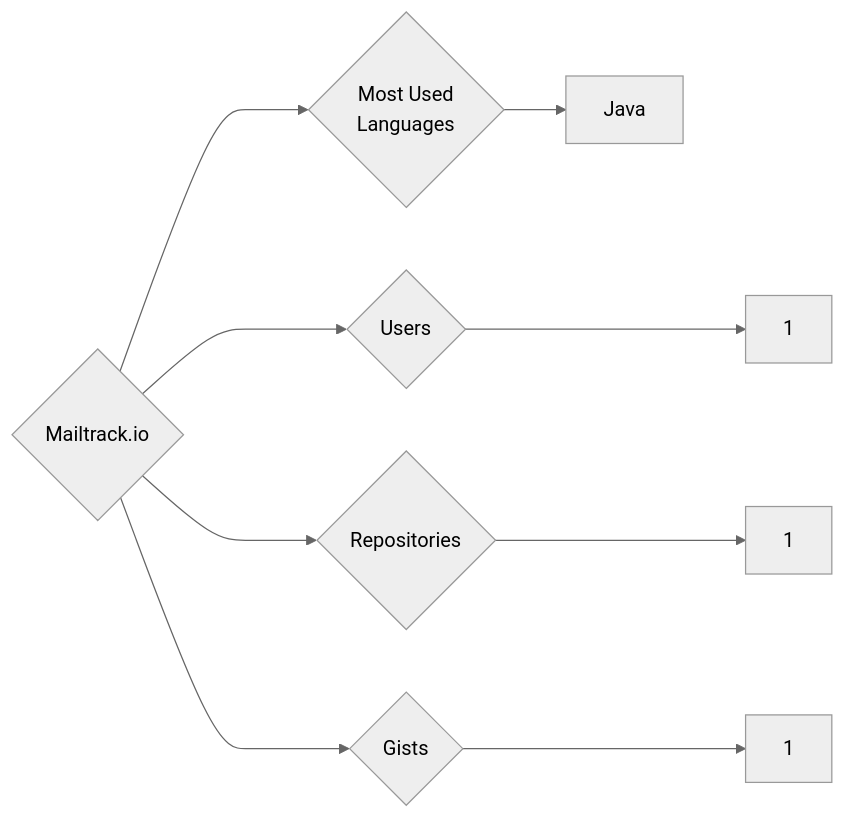
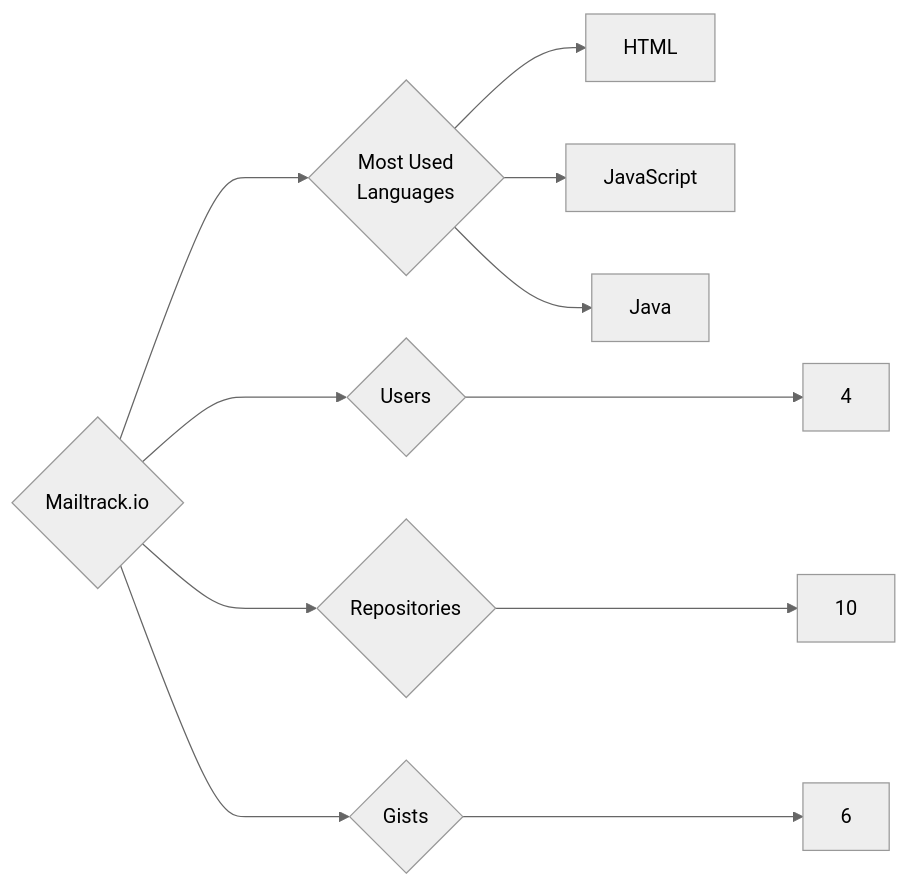
The diagram in targets/Mailtrack.io/README.md (trickest/insiders), drawn with Mermaid (neutral theme) before and after one commit. The commit also changed 871 other files, not shown here.

````diff
--- a/targets/Mailtrack.io/README.md
+++ b/targets/Mailtrack.io/README.md
@@ -3,9 +3,11 @@
 ```mermaid
 graph LR
 COMPANY_NAME{Mailtrack.io}
-COMPANY_NAME ---> U{Users} ---> UN[1]
-COMPANY_NAME ---> R{Repositories} ---> RN[1]
-COMPANY_NAME ---> G{Gists} ---> GN[1]
+COMPANY_NAME ---> U{Users} ---> UN[4]
+COMPANY_NAME ---> R{Repositories} ---> RN[10]
+COMPANY_NAME ---> G{Gists} ---> GN[6]
 COMPANY_NAME ---> ML{Most Used<br>Languages}
+ML --> HTML[HTML]
+ML --> JavaScript[JavaScript]
 ML --> Java[Java]
 ```
````
